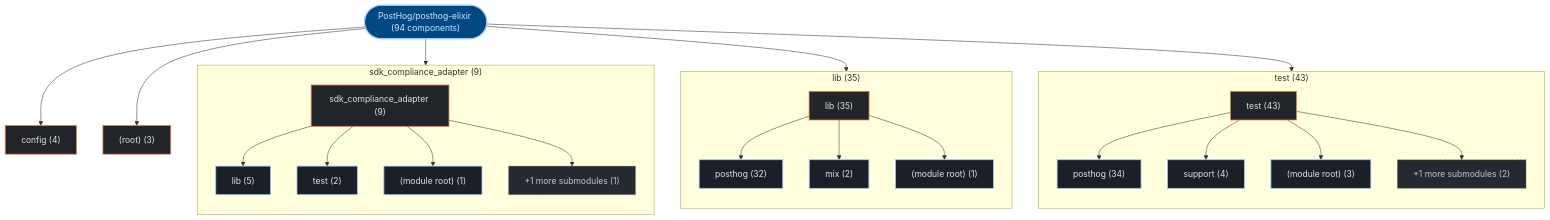
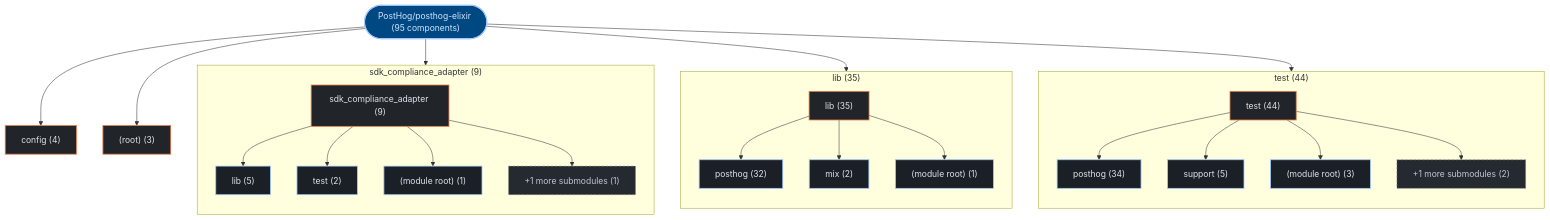
One commit to kumarshaz/atruss-code-atlas changed the first of 3 diagrams in exports/latest/reports/PostHog-posthog-elixir-report.md. Above: the diagram before and after it, drawn with Mermaid. The commit also changed other lines of this file and 51 other files, not shown here.

````diff
--- a/exports/latest/reports/PostHog-posthog-elixir-report.md
+++ b/exports/latest/reports/PostHog-posthog-elixir-report.md
@@ -42,53 +42,53 @@
 ```mermaid
 graph TD;
     %% title: Building Block View — PostHog/posthog-elixir
   classDef atlasRoot fill:#004882,stroke:#a3c9ff,stroke-width:2px,color:#d3e4ff
   classDef atlasCategory fill:#212428,stroke:#E87A48,stroke-width:1.5px,color:#dfe3eb
   classDef atlasWorkflow fill:#1b2026,stroke:#a3c9ff,stroke-width:1.5px,color:#dfe3eb
   classDef atlasJob fill:#171c22,stroke:#8d9199,stroke-width:1px,color:#dfe3eb
   classDef atlasTarget fill:#005227,stroke:#8bd99b,stroke-width:1.5px,color:#a7f6b6
   classDef atlasAlert fill:#93000a,stroke:#ffb4ab,stroke-width:1.5px,color:#ffdad6
   classDef atlasMore fill:#252a31,stroke:#8d9199,stroke-dasharray:4 4,color:#c3c6cf
-    repo_root(["PostHog/posthog-elixir (94 components)"]):::atlasRoot
-    subgraph sg_dir_0_test["test (43)"]
+    repo_root(["PostHog/posthog-elixir (95 components)"]):::atlasRoot
+    subgraph sg_dir_0_test["test (44)"]
       direction TB
-      dir_0_test["test (43)"]:::atlasCategory
+      dir_0_test["test (44)"]:::atlasCategory
       sub_0_0_posthog["posthog (34)"]:::atlasWorkflow
       dir_0_test --> sub_0_0_posthog
-      sub_0_1_support["support (4)"]:::atlasWorkflow
+      sub_0_1_support["support (5)"]:::atlasWorkflow
       dir_0_test --> sub_0_1_support
       sub_0_2__module_root_["(module root) (3)"]:::atlasWorkflow
       dir_0_test --> sub_0_2__module_root_
       sub_0_more["+1 more submodules (2)"]:::atlasMore
       dir_0_test --> sub_0_more
     end
     repo_root --> dir_0_test
     subgraph sg_dir_1_lib["lib (35)"]
       direction TB
       dir_1_lib["lib (35)"]:::atlasCategory
       sub_1_0_posthog["posthog (32)"]:::atlasWorkflow
       dir_1_lib --> sub_1_0_posthog
       sub_1_1_mix["mix (2)"]:::atlasWorkflow
       dir_1_lib --> sub_1_1_mix
       sub_1_2__module_root_["(module root) (1)"]:::atlasWorkflow
       dir_1_lib --> sub_1_2__module_root_
     end
     repo_root --> dir_1_lib
     subgraph sg_dir_2_sdk_compliance_adapter["sdk_compliance_adapter (9)"]
       direction TB
       dir_2_sdk_compliance_adapter["sdk_compliance_adapter (9)"]:::atlasCategory
       sub_2_0_lib["lib (5)"]:::atlasWorkflow
       dir_2_sdk_compliance_adapter --> sub_2_0_lib
       sub_2_1_test["test (2)"]:::atlasWorkflow
       dir_2_sdk_compliance_adapter --> sub_2_1_test
       sub_2_2__module_root_["(module root) (1)"]:::atlasWorkflow
       dir_2_sdk_compliance_adapter --> sub_2_2__module_root_
       sub_2_more["+1 more submodules (1)"]:::atlasMore
       dir_2_sdk_compliance_adapter --> sub_2_more
     end
     repo_root --> dir_2_sdk_compliance_adapter
     dir_3_config["config (4)"]:::atlasCategory
     repo_root --> dir_3_config
     dir_4__root_["(root) (3)"]:::atlasCategory
     repo_root --> dir_4__root_
 ```
````
